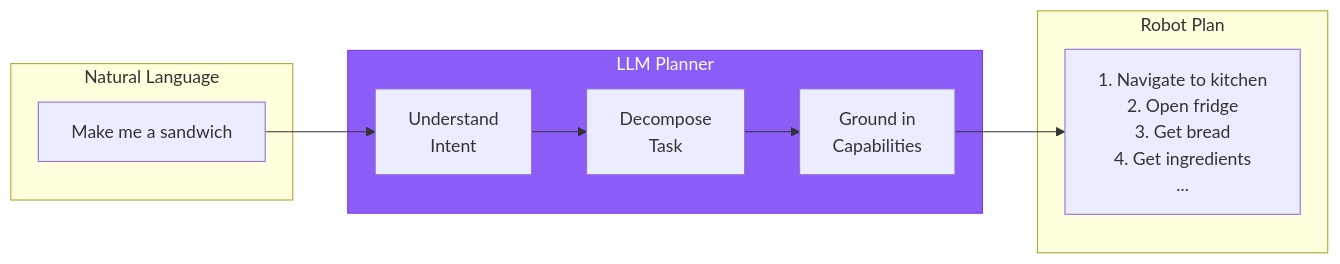
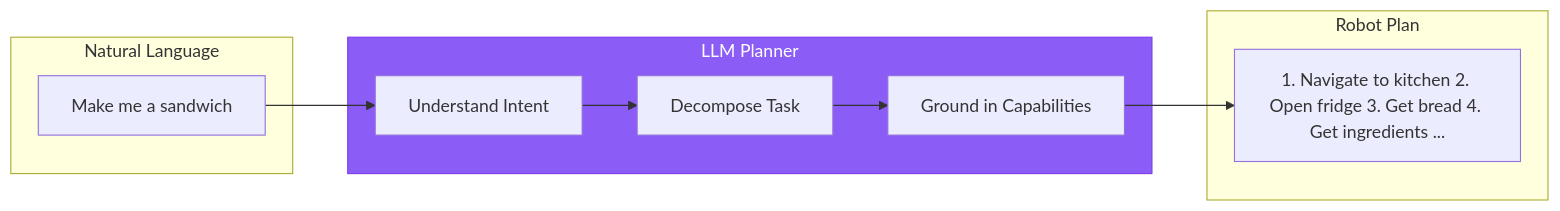
The first of 5 diagrams in docs/modules/module-4-vla/chapter-15-llm-planning.md (shakir-hussain1/physical-AI-and-humanoid-robotics-textbook-by-shakir-hussain), drawn with Mermaid before and after one commit. The commit also changed other lines of this file and 17 other files, not shown here.

Commit message:
fix: Remove br tags from Mermaid diagrams causing parse errors

````diff
--- a/docs/modules/module-4-vla/chapter-15-llm-planning.md
+++ b/docs/modules/module-4-vla/chapter-15-llm-planning.md
@@ -33,23 +33,23 @@
 ```mermaid
 flowchart LR
     subgraph Input["Natural Language"]
         NL["Make me a sandwich"]
     end
 
     subgraph LLM["LLM Planner"]
-        UNDERSTAND[Understand<br/>Intent]
-        DECOMPOSE[Decompose<br/>Task]
-        GROUND[Ground in<br/>Capabilities]
+        UNDERSTAND[Understand Intent]
+        DECOMPOSE[Decompose Task]
+        GROUND[Ground in Capabilities]
     end
 
     subgraph Output["Robot Plan"]
-        PLAN["1. Navigate to kitchen<br/>2. Open fridge<br/>3. Get bread<br/>4. Get ingredients<br/>..."]
+        PLAN["1. Navigate to kitchen 2. Open fridge 3. Get bread 4. Get ingredients ..."]
     end
 
     NL --> UNDERSTAND
     UNDERSTAND --> DECOMPOSE
     DECOMPOSE --> GROUND
     GROUND --> PLAN
 
     style LLM fill:#8b5cf6,stroke:#7c3aed,color:#fff
 ```
````
